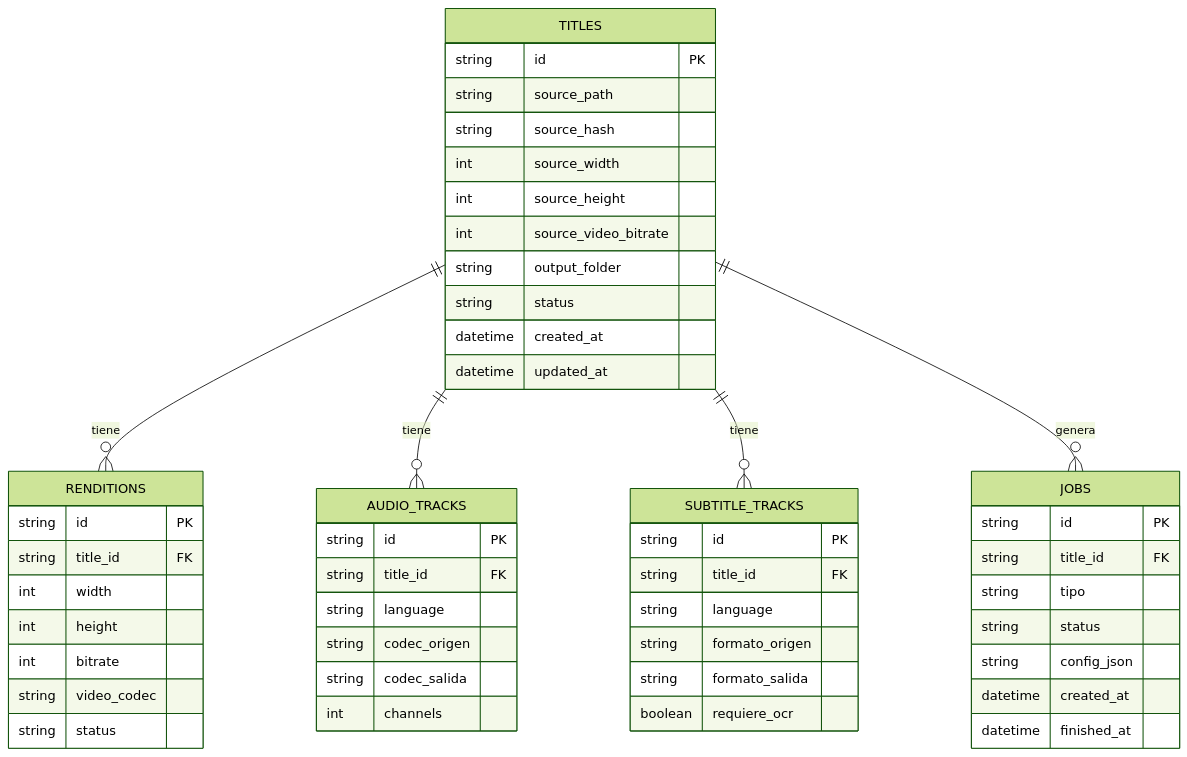
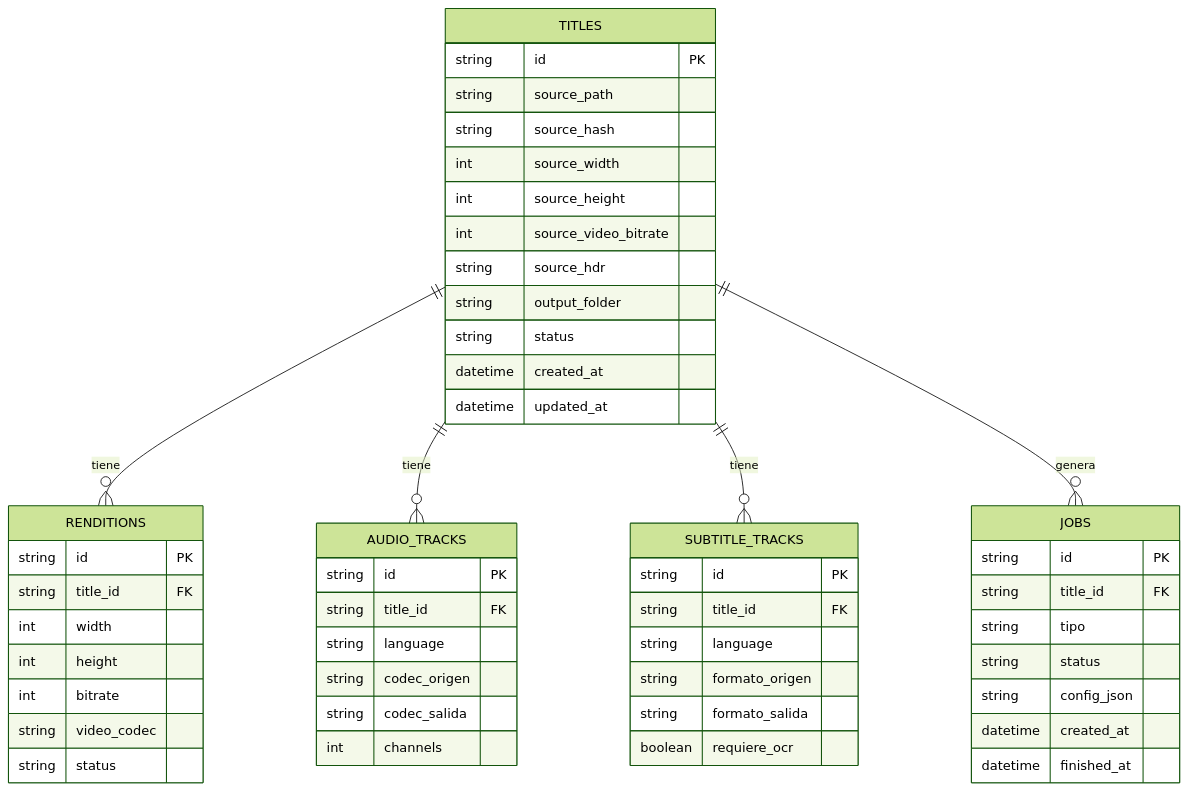
The second of 4 diagrams in docs/documentacion-tecnica.md (RenatoLetelier/LocalProcessor), drawn with Mermaid (forest theme) before and after one commit. The commit also changed other lines of this file and 26 other files, not shown here.

````diff
--- a/docs/documentacion-tecnica.md
+++ b/docs/documentacion-tecnica.md
@@ -53,58 +53,59 @@
 ```mermaid
 erDiagram
     TITLES ||--o{ RENDITIONS : tiene
     TITLES ||--o{ AUDIO_TRACKS : tiene
     TITLES ||--o{ SUBTITLE_TRACKS : tiene
     TITLES ||--o{ JOBS : genera
 
     TITLES {
         string id PK
         string source_path
         string source_hash
         int source_width
         int source_height
         int source_video_bitrate
+        string source_hdr
         string output_folder
         string status
         datetime created_at
         datetime updated_at
     }
 
     RENDITIONS {
         string id PK
         string title_id FK
         int width
         int height
         int bitrate
         string video_codec
         string status
     }
 
     AUDIO_TRACKS {
         string id PK
         string title_id FK
         string language
         string codec_origen
         string codec_salida
         int channels
     }
 
     SUBTITLE_TRACKS {
         string id PK
         string title_id FK
         string language
         string formato_origen
         string formato_salida
         boolean requiere_ocr
     }
 
     JOBS {
         string id PK
         string title_id FK
         string tipo
         string status
         string config_json
         datetime created_at
         datetime finished_at
     }
 ```
````
